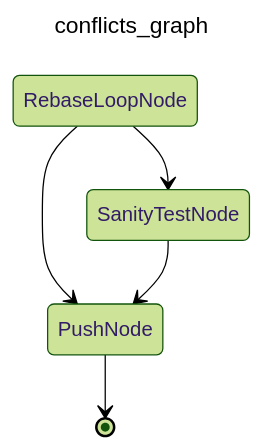
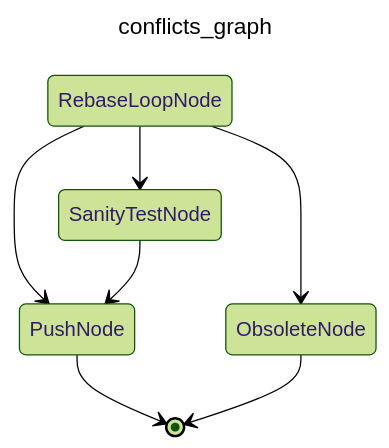
The diagram in docs/workflows/conflicts.md (damien-robotsix/robotsix-cai), drawn with Mermaid (forest theme) before and after one commit. The commit also changed 5 other files, not shown here.

First line of the commit message:
Close conflict-rebase PRs as obsolete instead of force-pushing empty

````diff
--- a/docs/workflows/conflicts.md
+++ b/docs/workflows/conflicts.md
@@ -15,10 +15,12 @@
 ```mermaid
 ---
 title: conflicts_graph
 ---
 stateDiagram-v2
   RebaseLoopNode --> SanityTestNode
   RebaseLoopNode --> PushNode
+  RebaseLoopNode --> ObsoleteNode
   SanityTestNode --> PushNode
   PushNode --> [*]
+  ObsoleteNode --> [*]
 ```
````
